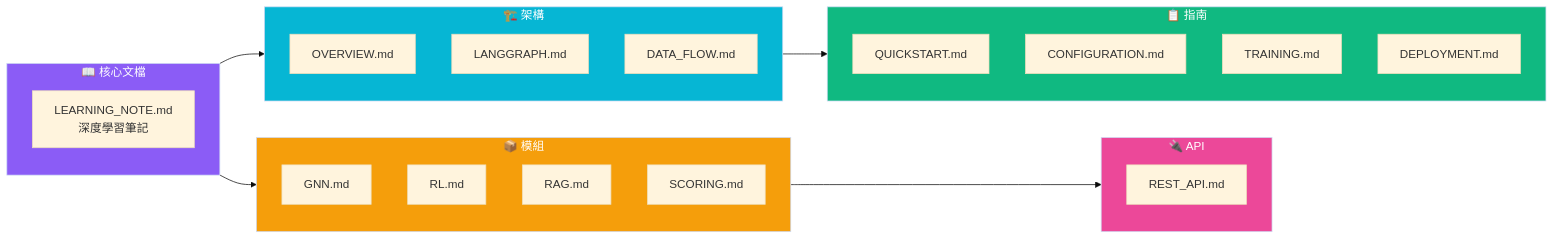
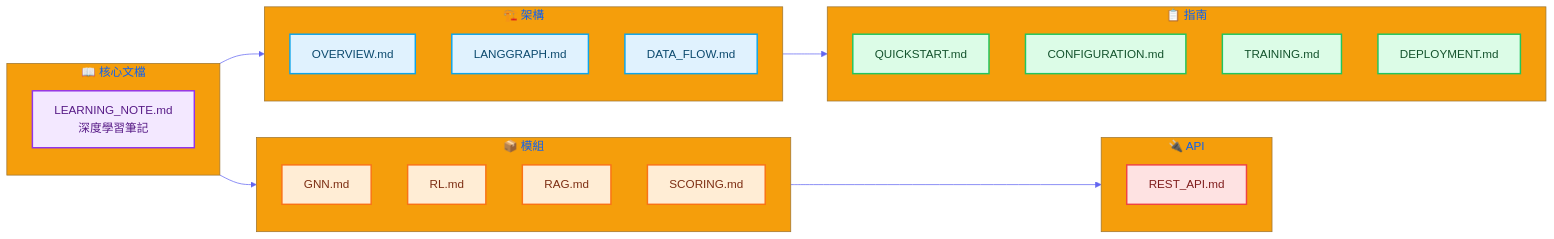
One commit to AluminumShark/Social-Debate-AI changed the second of 2 diagrams in docs/README.md. Above: the diagram before and after it, drawn with Mermaid. The commit also changed other lines of this file and 5 other files, not shown here.

Commit message:
style(docs): apply consistent bright Mermaid theme to all documentation diagrams

````diff
--- a/docs/README.md
+++ b/docs/README.md
@@ -129,41 +130,42 @@
 ```mermaid
-%%{init: {'theme': 'base'}}%%
+%%{init: {'theme': 'base', 'themeVariables': { 'primaryColor': '#4f46e5', 'primaryTextColor': '#fff', 'primaryBorderColor': '#4338ca', 'lineColor': '#6366f1', 'secondaryColor': '#10b981', 'tertiaryColor': '#f59e0b'}}}%%
 flowchart LR
+    %% Styles
+    classDef core fill:#f3e8ff,stroke:#9333ea,stroke-width:2px,color:#581c87;
+    classDef arch fill:#e0f2fe,stroke:#0ea5e9,stroke-width:2px,color:#0c4a6e;
+    classDef mod fill:#ffedd5,stroke:#f97316,stroke-width:2px,color:#7c2d12;
+    classDef guide fill:#dcfce7,stroke:#22c55e,stroke-width:2px,color:#14532d;
+    classDef api fill:#fee2e2,stroke:#ef4444,stroke-width:2px,color:#7f1d1d;
+
     subgraph Core["📖 核心文檔"]
-        LN["LEARNING_NOTE.md<br/>深度學習筆記"]
+        LN["LEARNING_NOTE.md<br/>深度學習筆記"]:::core
     end
 
     subgraph Arch["🏗️ 架構"]
-        OV["OVERVIEW.md"]
-        LG["LANGGRAPH.md"]
-        DF["DATA_FLOW.md"]
+        OV["OVERVIEW.md"]:::arch
+        LG["LANGGRAPH.md"]:::arch
+        DF["DATA_FLOW.md"]:::arch
     end
 
     subgraph Mod["📦 模組"]
-        GNN["GNN.md"]
-        RL["RL.md"]
-        RAG["RAG.md"]
-        SC["SCORING.md"]
+        GNN["GNN.md"]:::mod
+        RL["RL.md"]:::mod
+        RAG["RAG.md"]:::mod
+        SC["SCORING.md"]:::mod
     end
 
     subgraph Guide["📋 指南"]
-        QS["QUICKSTART.md"]
-        CF["CONFIGURATION.md"]
-        TR["TRAINING.md"]
-        DP["DEPLOYMENT.md"]
+        QS["QUICKSTART.md"]:::guide
+        CF["CONFIGURATION.md"]:::guide
+        TR["TRAINING.md"]:::guide
+        DP["DEPLOYMENT.md"]:::guide
     end
 
     subgraph API["🔌 API"]
-        REST["REST_API.md"]
+        REST["REST_API.md"]:::api
     end
 
     Core --> Arch & Mod
     Arch --> Guide
     Mod --> API
-
-    style Core fill:#8b5cf6,color:#fff
-    style Arch fill:#06b6d4,color:#fff
-    style Mod fill:#f59e0b,color:#fff
-    style Guide fill:#10b981,color:#fff
-    style API fill:#ec4899,color:#fff
 ```
````
